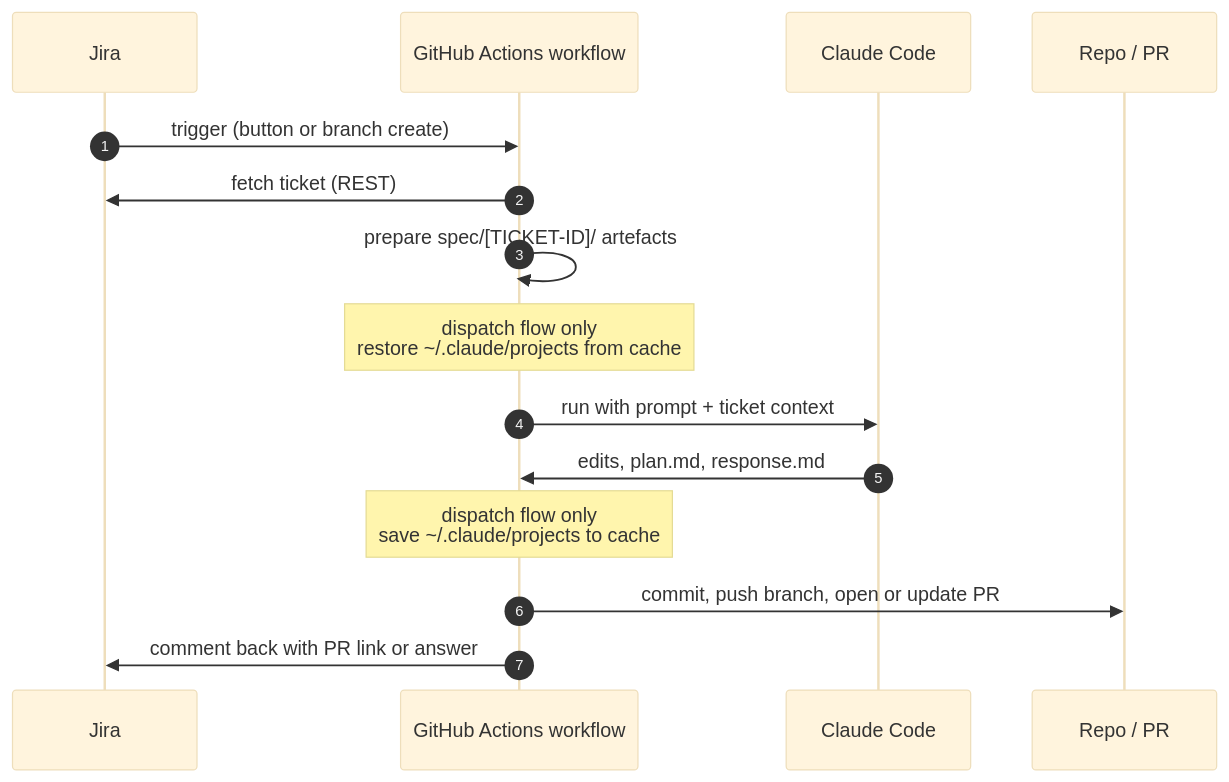
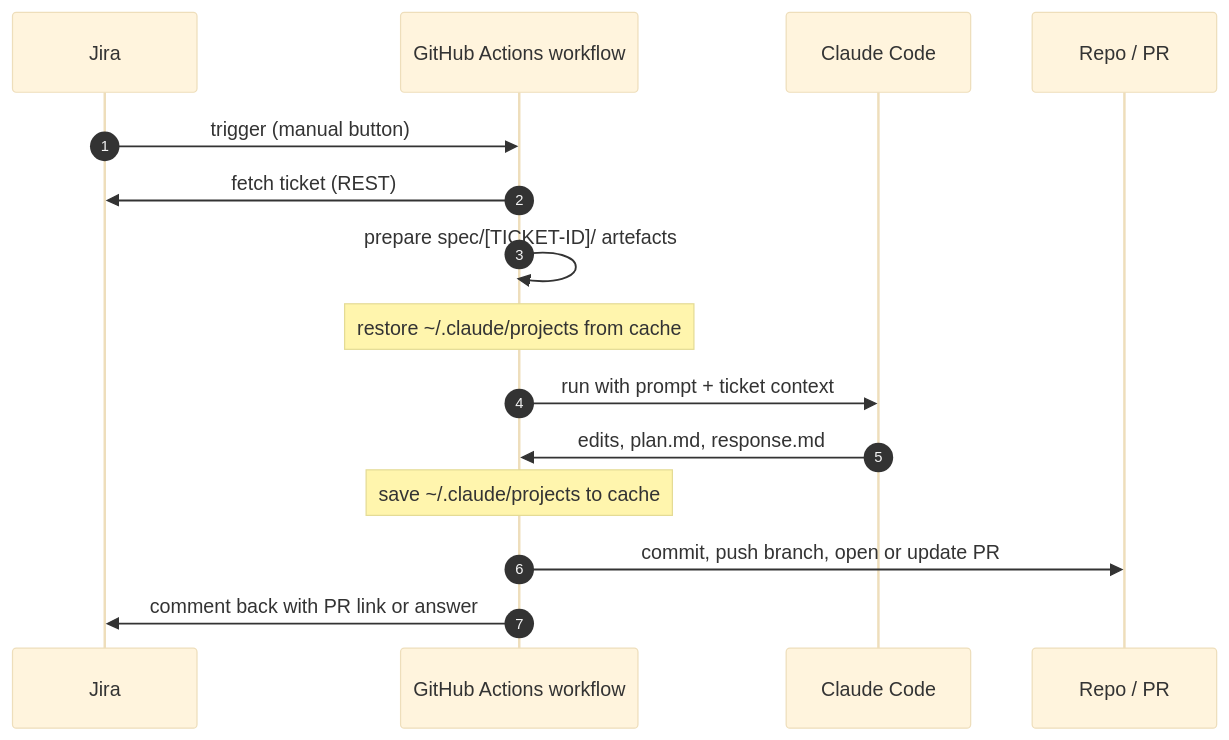
One commit to NurMind-com/The_Dark_Factory changed the second of 2 diagrams in docs/workflows.md. Above: the diagram before and after it, drawn with Mermaid (base theme). The commit also changed other lines of this file and 11 other files, not shown here.

````diff
--- a/docs/workflows.md
+++ b/docs/workflows.md
@@ -76,18 +74,18 @@
 ```mermaid
 sequenceDiagram
     autonumber
     participant J as Jira
     participant W as GitHub Actions workflow
     participant C as Claude Code
     participant R as Repo / PR
 
-    J->>W: trigger (button or branch create)
+    J->>W: trigger (manual button)
     W->>J: fetch ticket (REST)
     W->>W: prepare spec/[TICKET-ID]/ artefacts
-    Note over W: dispatch flow only<br>restore ~/.claude/projects from cache
+    Note over W: restore ~/.claude/projects from cache
     W->>C: run with prompt + ticket context
     C->>W: edits, plan.md, response.md
-    Note over W: dispatch flow only<br>save ~/.claude/projects to cache
+    Note over W: save ~/.claude/projects to cache
     W->>R: commit, push branch, open or update PR
     W->>J: comment back with PR link or answer
 ```
````
